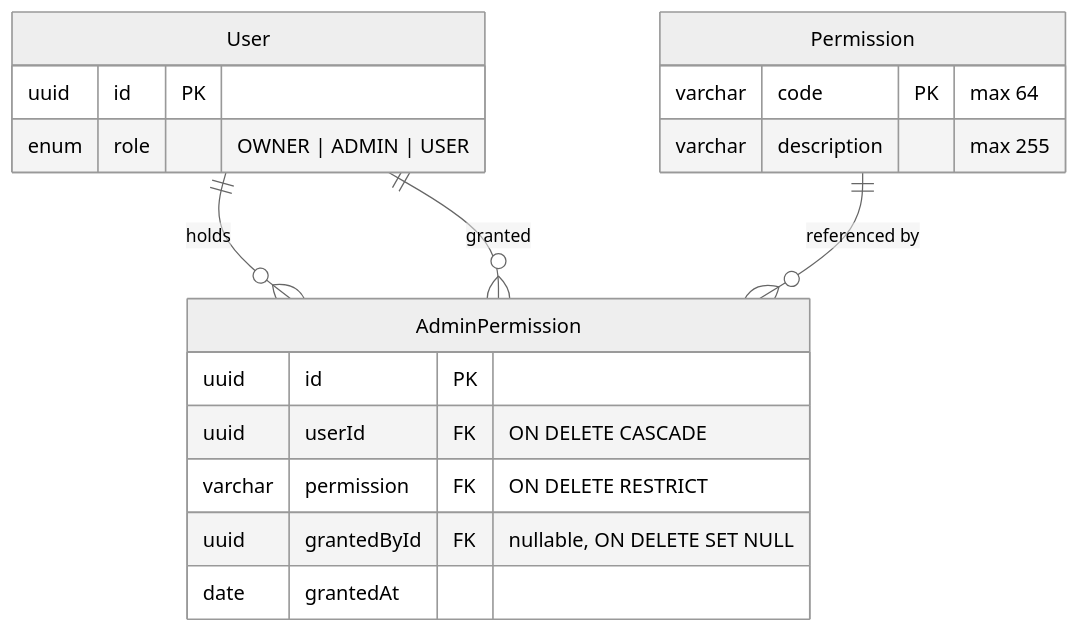
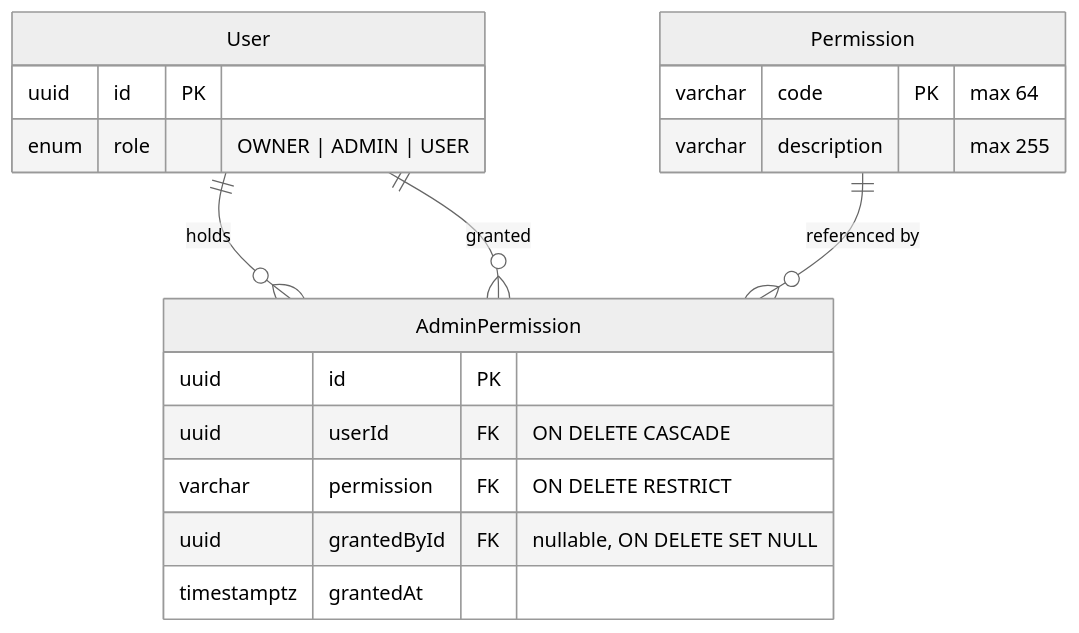
One commit to l1mindr/nest-backend changed the seventh of 9 diagrams in docs/diagrams.md. Above: the diagram before and after it, drawn with Mermaid (neutral theme). The commit also changed other lines of this file and 4 other files, not shown here.

````diff
--- a/docs/diagrams.md
+++ b/docs/diagrams.md
@@ -287,24 +289,24 @@
 ```mermaid
 erDiagram
     User ||--o{ AdminPermission : "holds"
     User ||--o{ AdminPermission : "granted"
     Permission ||--o{ AdminPermission : "referenced by"
 
     User {
         uuid id PK
         enum role "OWNER | ADMIN | USER"
     }
 
     Permission {
         varchar code PK "max 64"
         varchar description "max 255"
     }
 
     AdminPermission {
         uuid id PK
         uuid userId FK "ON DELETE CASCADE"
         varchar permission FK "ON DELETE RESTRICT"
         uuid grantedById FK "nullable, ON DELETE SET NULL"
-        date grantedAt
+        timestamptz grantedAt
     }
 ```
````
